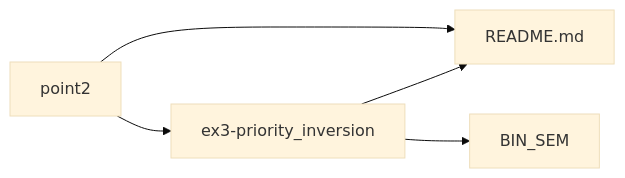
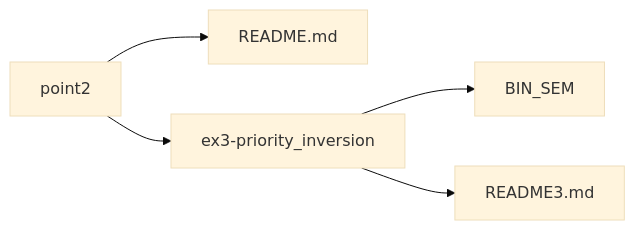
One commit to smokyisthatyou/STM32Nucleo64 changed the third of 5 diagrams in README.md. Above: the diagram before and after it, drawn with Mermaid.

````diff
--- a/README.md
+++ b/README.md
@@ -53,13 +53,13 @@
 ```mermaid
 %%{init: {'theme':'base'}}%%
 graph LR;
 point2-->README.md;
 point2-->ex3-priority_inversion;
 ex3-priority_inversion-->BIN_SEM;
-ex3-priority_inversion-->README.md
+ex3-priority_inversion-->README3.md
 
 
 
 click README.md href "https://baltig.polito.it/caos2023/group2/-/blob/point2/README.md" "Link to README.md";
 
 ```
````
